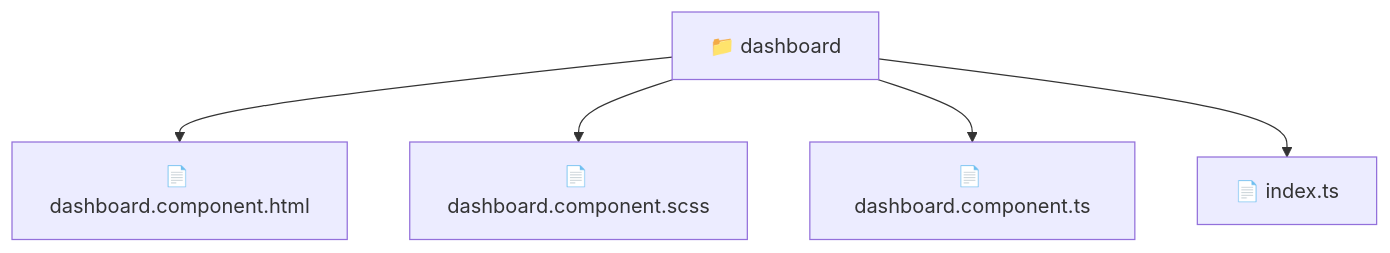
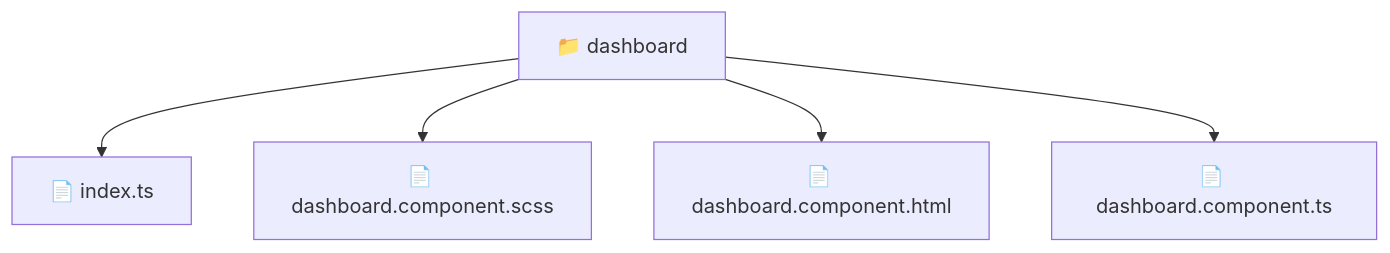
Before and after one commit to beginwebdev2002/fullstack-mavluda: the diagram in frontend/src/pages/dashboard/README.md, drawn with Mermaid. The commit also changed other lines of this file and 164 other files, not shown here.

First line of the commit message:
docs: generate robust autonomous architectural documentation

````diff
--- a/frontend/src/pages/dashboard/README.md
+++ b/frontend/src/pages/dashboard/README.md
@@ -11,8 +11,8 @@
 ```mermaid
 graph TD
-  Root["📁 dashboard"]
-  Root --> dashboard_component_html["📄 dashboard.component.html"]
-  Root --> dashboard_component_scss["📄 dashboard.component.scss"]
-  Root --> dashboard_component_ts["📄 dashboard.component.ts"]
-  Root --> index_ts["📄 index.ts"]
+    f_dashboard["📁 dashboard"]
+    f_dashboard --> f_index_ts["📄 index.ts"]
+    f_dashboard --> f_dashboard_component_scss["📄 dashboard.component.scss"]
+    f_dashboard --> f_dashboard_component_html["📄 dashboard.component.html"]
+    f_dashboard --> f_dashboard_component_ts["📄 dashboard.component.ts"]
 ```
````
